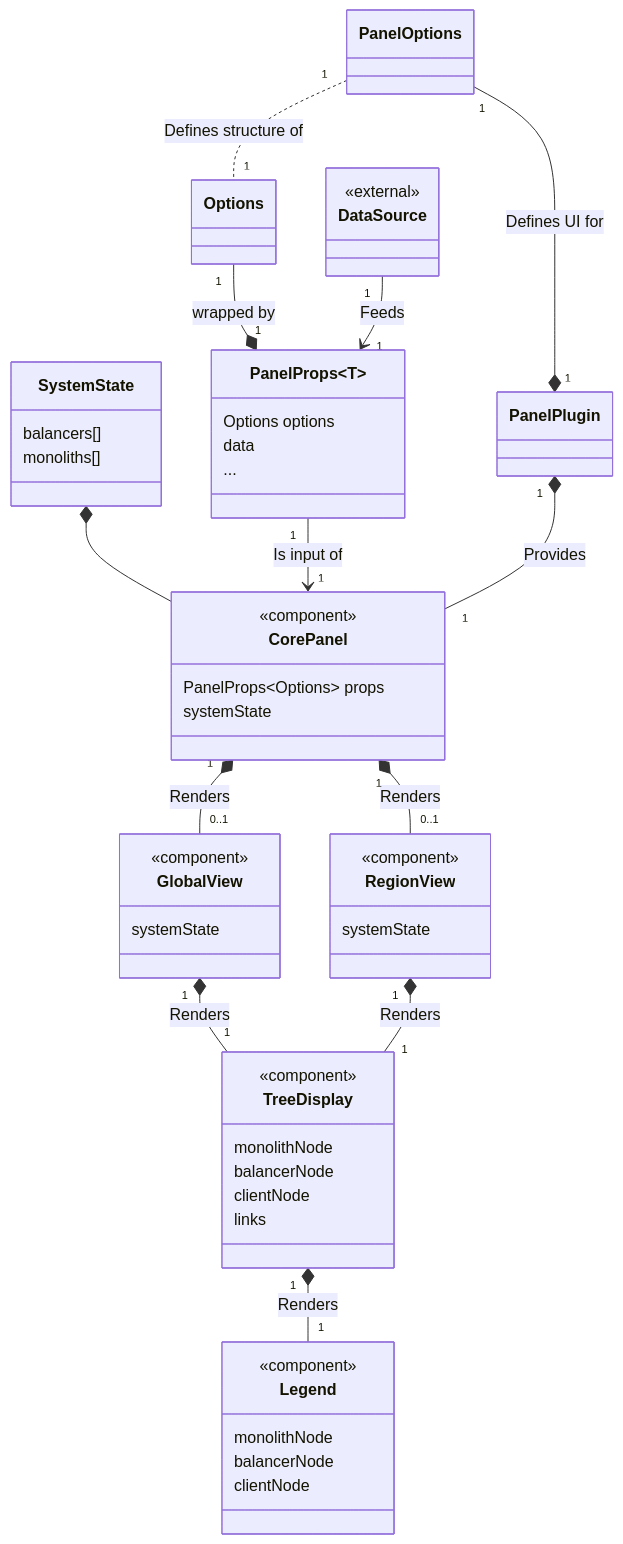
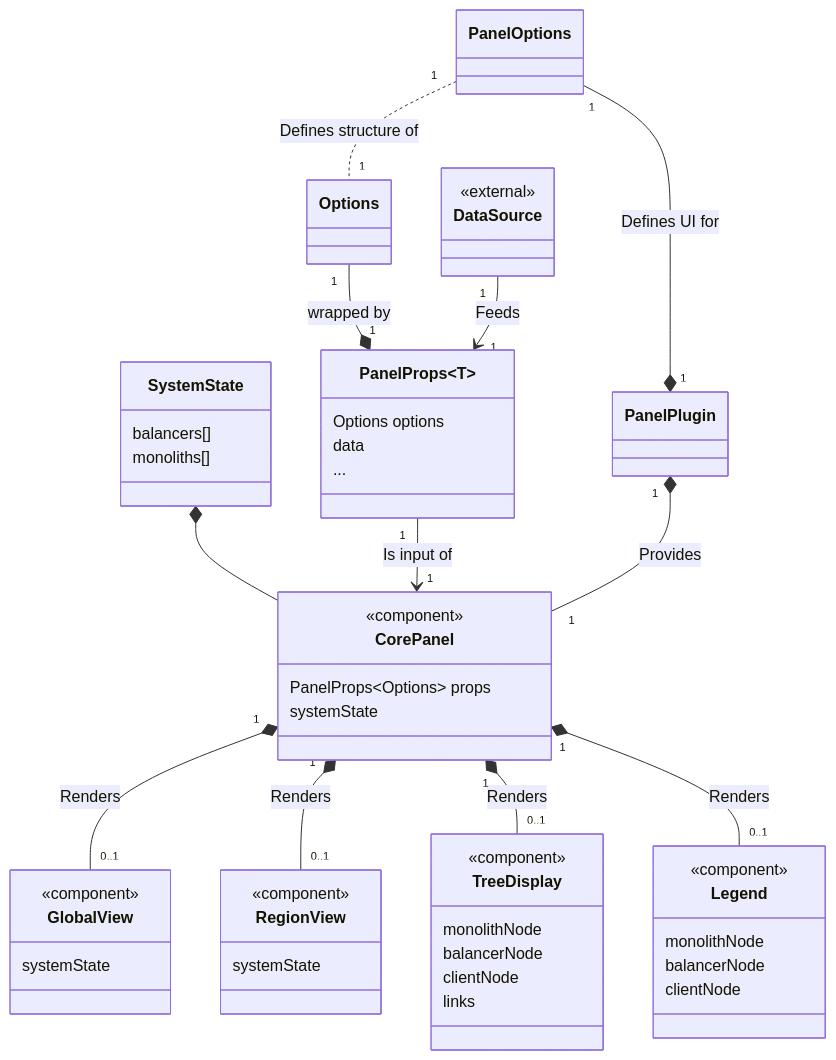
Before and after one commit to dyc3/senior-design: the diagram in figures/vis/panel-internal-class.mmd, drawn with Mermaid. The commit also changed 1 other file, not shown here.

Commit message:
update figure

```diff
--- a/figures/vis/panel-internal-class.mmd
+++ b/figures/vis/panel-internal-class.mmd
@@ -1,59 +1,58 @@
 classDiagram
     class PanelPlugin
     class PanelProps~T~ {
         Options options
         data
         ...
     }
     class CorePanel {
         <<component>>
         PanelProps~Options~ props
         systemState
     }
     class GlobalView {
         <<component>>
         systemState
     }
     class RegionView {
         <<component>>
         systemState
     }
     class DataSource {
         <<external>>
     }
     class TreeDisplay {
         <<component>>
         monolithNode
         balancerNode
         clientNode
         links
     }
     class SystemState {
         balancers[]
         monoliths[]
     }
     class Legend {
         <<component>>
         monolithNode
         balancerNode
         clientNode
     }
 
     SystemState *-- CorePanel
     PanelOptions "1" --* "1" PanelPlugin : Defines UI for
     PanelOptions "1" .. "1" Options : Defines structure of
     PanelProps "1" --> "1" CorePanel : Is input of
     Options "1" --* "1" PanelProps : wrapped by
     DataSource "1" --> "1" PanelProps : Feeds
     PanelPlugin "1" *-- "1" CorePanel : Provides
     CorePanel "1" *-- "0..1" GlobalView : Renders
     CorePanel "1" *-- "0..1" RegionView : Renders
-    GlobalView "1" *-- "1" TreeDisplay : Renders
-    RegionView "1" *-- "1" TreeDisplay : Renders
-    TreeDisplay "1" *-- "1" Legend : Renders
+    CorePanel "1" *-- "0..1" TreeDisplay : Renders
+    CorePanel "1" *-- "0..1" Legend : Renders
 
     %% FIXME: not supported on mermaid 10.6, requires upgrading to 10.7
     %% style DataSource stroke:,stroke-dasharray:5 5
     %% style PanelProps stroke:,stroke-dasharray:5 5
     %% style PanelPlugin stroke:,stroke-dasharray:5 5
     %% style PanelOptions stroke:,stroke-dasharray:5 5
```
